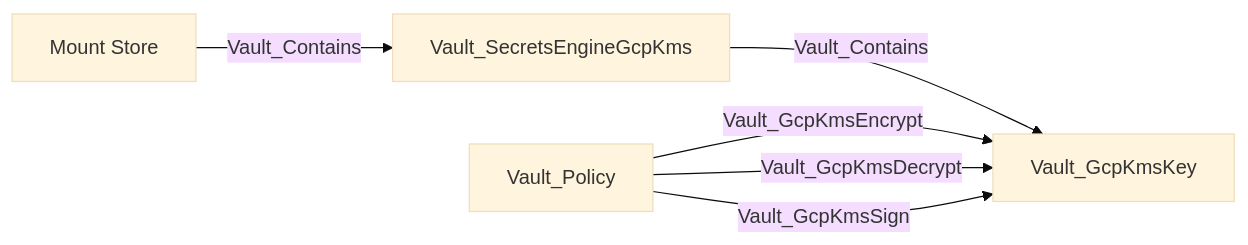
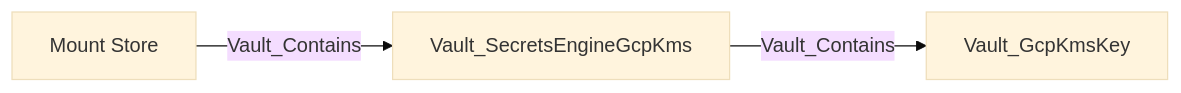
Before and after one commit to bytewreck/opengraph-vault: diagram 12 of 29 in Documentation/stores/MOUNTS.md, drawn with Mermaid (base theme). The commit also changed other lines of this file and 3 other files, not shown here.

````diff
--- a/Documentation/stores/MOUNTS.md
+++ b/Documentation/stores/MOUNTS.md
@@ -188,8 +177,5 @@
 ```mermaid
 flowchart LR
     store[Mount Store] -->|Vault_Contains| mount[Vault_SecretsEngineGcpKms]
     mount -->|Vault_Contains| key[Vault_GcpKmsKey]
-    policy[Vault_Policy] -->|Vault_GcpKmsEncrypt| key
-    policy -->|Vault_GcpKmsDecrypt| key
-    policy -->|Vault_GcpKmsSign| key
 ```
````
